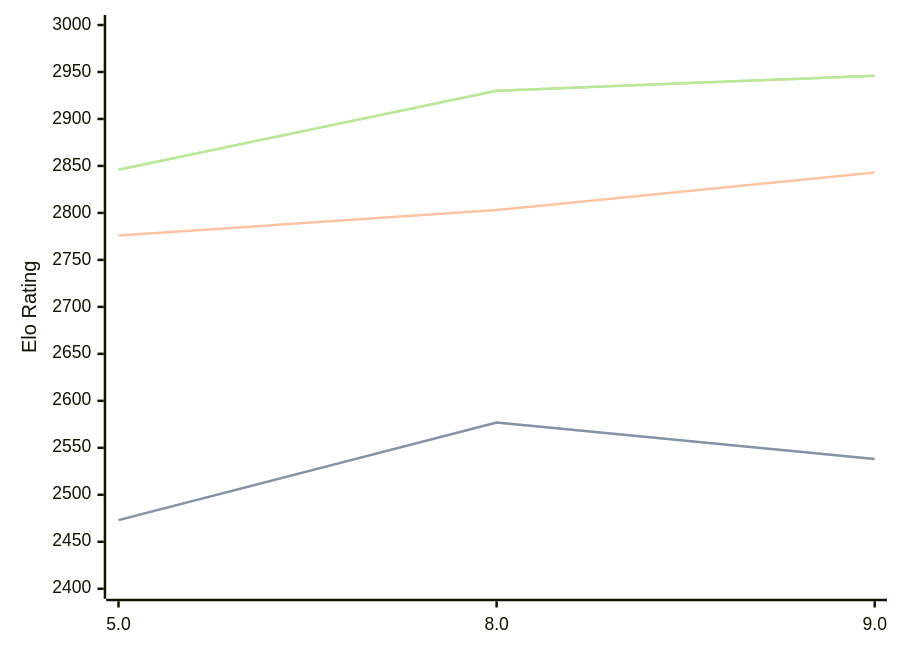
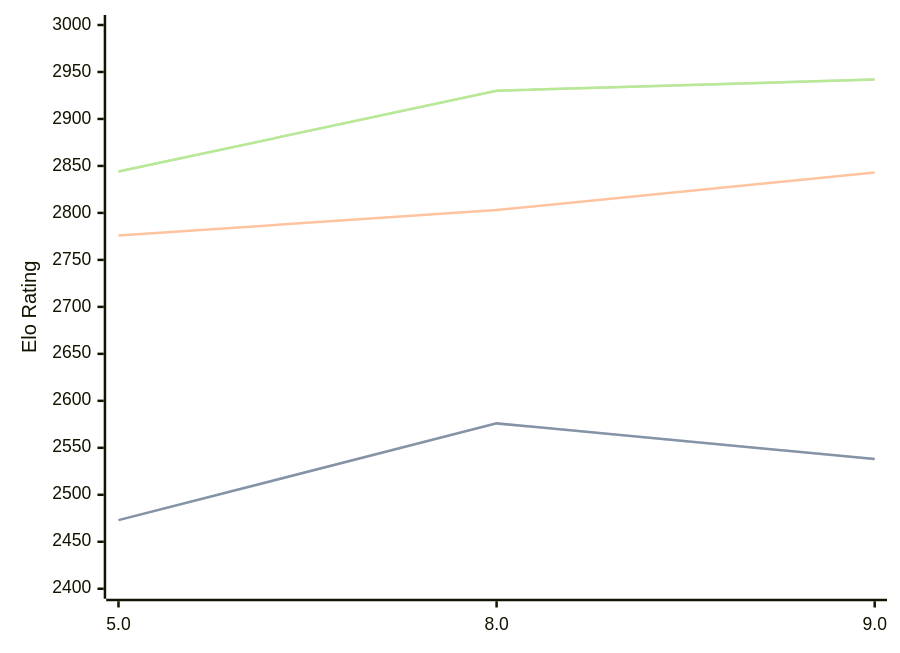
Before and after one commit to computer-chess-index/cci: the diagram in engines/4kc.md, drawn with Mermaid. The commit also changed other lines of this file, not shown here.

Commit message:
Update CCI Ratings (ELO VLTC) - 2026-06-12

````diff
--- a/engines/4kc.md
+++ b/engines/4kc.md
@@ -42,11 +42,11 @@
 ```mermaid
 %%{init: {"theme":"base","themeVariables":{"seriesColors:['#a3a3a3','#222221','#faa371']}}}%%
 xychart-beta
   x-axis ["5.0", "8.0", "9.0"]
   y-axis "Elo Rating" 2400 --> 3000
-  line "STC (8.0+0.08s)" [2473, 2577, 2538]
-  line "STC (8.0+0.08s)" [2473, 2577, 2538]
+  line "STC (8.0+0.08s)" [2473, 2576, 2538]
+  line "STC (8.0+0.08s)" [2473, 2576, 2538]
   line "LTC (60.0+0.60s)" [2776, 2803, 2843]
-  line "VLTC (2m24s+1.12s)" [2846, 2930, 2946]
-  line "VLTC (2m24s+1.12s)" [2846, 2930, 2946]
+  line "VLTC (2m24s+1.12s)" [2844, 2930, 2942]
+  line "VLTC (2m24s+1.12s)" [2844, 2930, 2942]
 ```
````
